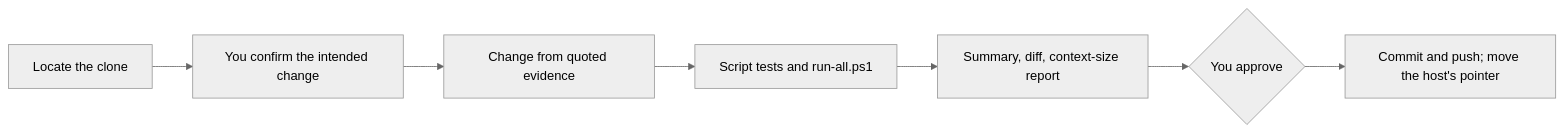
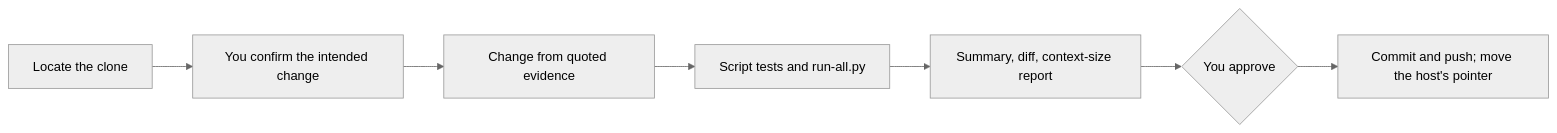
One commit to an-dr/agents changed the diagram in skills/_repository/an-dr-agents-repo-modify/README.md. Above: the diagram before and after it, drawn with Mermaid (neutral theme). The commit also changed 426 other files, not shown here.

````diff
--- a/skills/_repository/an-dr-agents-repo-modify/README.md
+++ b/skills/_repository/an-dr-agents-repo-modify/README.md
@@ -11,9 +11,9 @@
 ```mermaid
 flowchart LR
   L[Locate the clone] --> X[You confirm the intended change]
   X --> C[Change from quoted evidence]
-  C --> T[Script tests and run-all.ps1]
+  C --> T[Script tests and run-all.py]
   T --> S[Summary, diff, context-size report]
   S --> A{You approve}
   A --> G[Commit and push; move the host's pointer]
 ```
````
